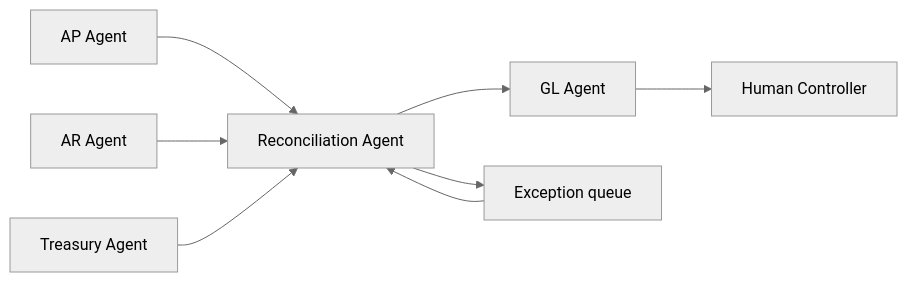
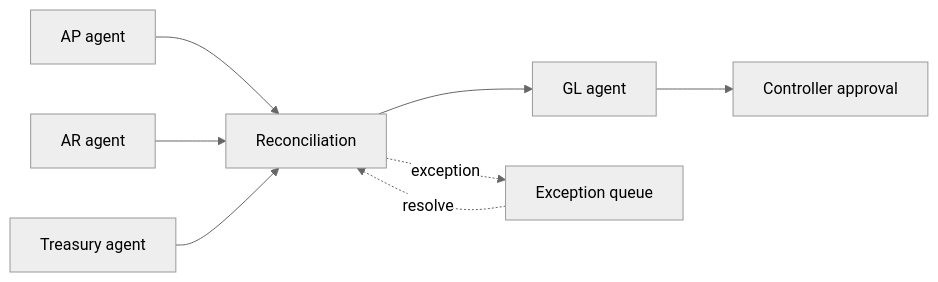
Before and after one commit to AshIntelligence/agenticmine: the diagram in projects/finance-close-orchestrator/README.md, drawn with Mermaid (neutral theme). The commit also changed other lines of this file and 21 other files, not shown here.

````diff
--- a/projects/finance-close-orchestrator/README.md
+++ b/projects/finance-close-orchestrator/README.md
@@ -9,10 +9,10 @@
 ```mermaid
 flowchart LR
-  AP[AP Agent] --> R[Reconciliation Agent]
-  AR[AR Agent] --> R
-  TR[Treasury Agent] --> R
-  R --> GL[GL Agent]
-  GL --> H[Human Controller]
-  R --> X[Exception queue]
-  X --> R
+  AP[AP agent] --> R[Reconciliation]
+  AR[AR agent] --> R
+  T[Treasury agent] --> R
+  R --> GL[GL agent]
+  GL --> H[Controller approval]
+  R -. exception .-> E[Exception queue]
+  E -. resolve .-> R
 ```
````
